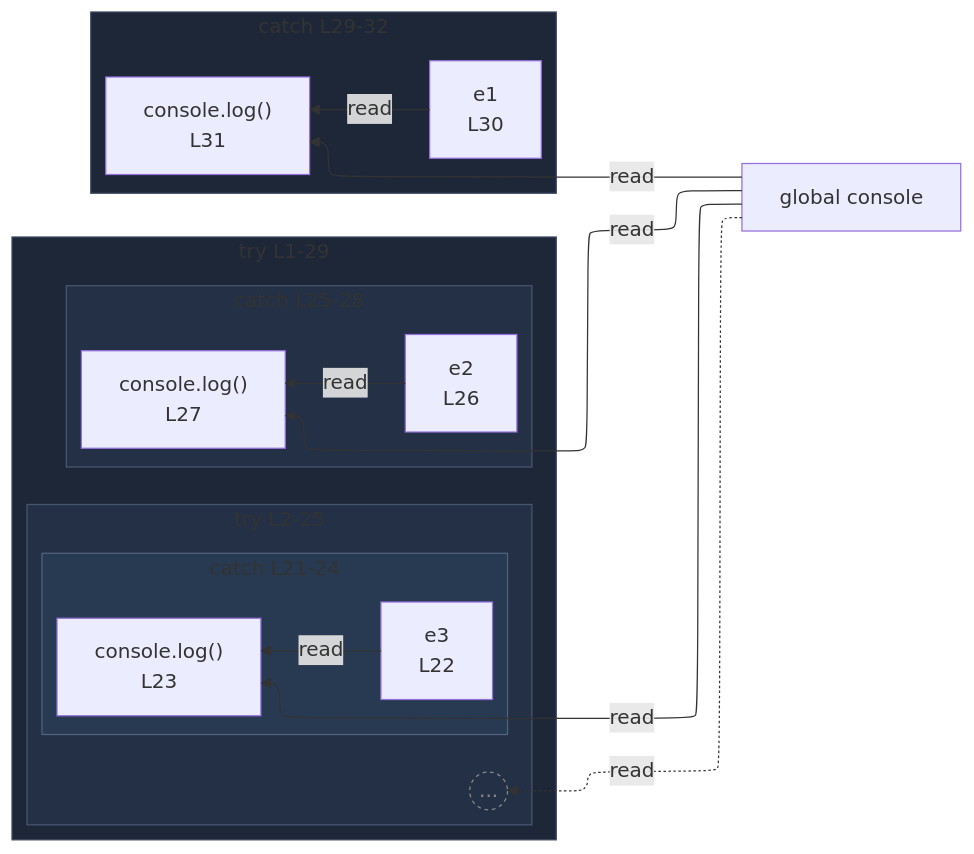
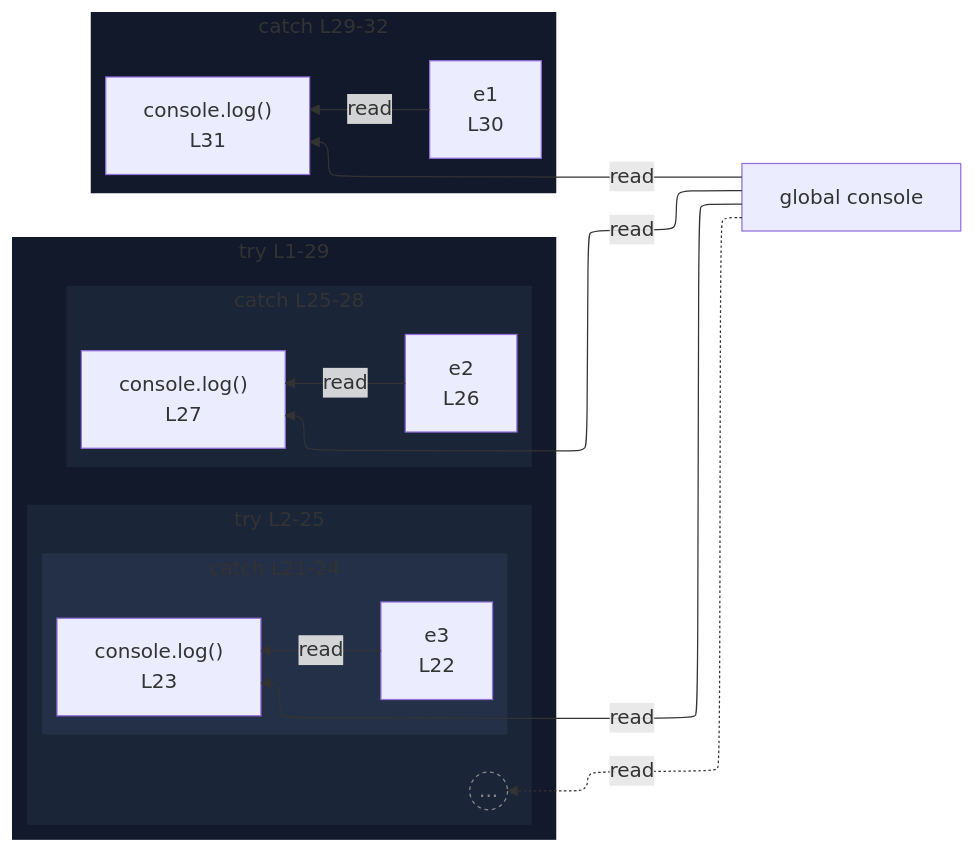
Before and after one commit to crescware/unsnarl: the diagram in integration/fixtures/app-behavior/depth/try-catch-finally/depth-2/preview.md, drawn with Mermaid. The commit also changed 263 other files, not shown here.

````diff
--- a/integration/fixtures/app-behavior/depth/try-catch-finally/depth-2/preview.md
+++ b/integration/fixtures/app-behavior/depth/try-catch-finally/depth-2/preview.md
@@ -48,44 +48,44 @@
 ```mermaid
 %%{init: {"flowchart": {"defaultRenderer": "elk"}}}%%
 flowchart RL
   n_scope_0_console_103["global console"]
   subgraph s_scope_1["try L1-29"]
     direction RL
     subgraph s_scope_2["try L2-25"]
       direction RL
       beyond_depth_s_scope_2((...))
       subgraph s_scope_10["catch L21-24"]
         direction RL
         n_scope_10_e3_391["e3<br/>L22"]
         expr_stmt_408["console.log()<br/>L23"]
       end
     end
     subgraph s_scope_11["catch L25-28"]
       direction RL
       n_scope_11_e2_453["e2<br/>L26"]
       expr_stmt_468["console.log()<br/>L27"]
     end
   end
   subgraph s_scope_12["catch L29-32"]
     direction RL
     n_scope_12_e1_507["e1<br/>L30"]
     expr_stmt_520["console.log()<br/>L31"]
   end
   n_scope_0_console_103 -.->|read| beyond_depth_s_scope_2
   n_scope_0_console_103 -->|read| expr_stmt_408
   n_scope_10_e3_391 -->|read| expr_stmt_408
   n_scope_0_console_103 -->|read| expr_stmt_468
   n_scope_11_e2_453 -->|read| expr_stmt_468
   n_scope_0_console_103 -->|read| expr_stmt_520
   n_scope_12_e1_507 -->|read| expr_stmt_520
   classDef boundaryStub fill:transparent,stroke:#888,stroke-dasharray:3 3,color:#888;
   class beyond_depth_s_scope_2 boundaryStub;
-  classDef nestL1 fill:#1e2738,stroke:#3d4a63;
+  classDef nestL1 fill:#11192a,stroke:transparent;
   class s_scope_1 nestL1;
   class s_scope_12 nestL1;
-  classDef nestL2 fill:#233045,stroke:#475670;
+  classDef nestL2 fill:#1a2538,stroke:transparent;
   class s_scope_2 nestL2;
   class s_scope_11 nestL2;
-  classDef nestL3 fill:#283952,stroke:#51637d;
+  classDef nestL3 fill:#243047,stroke:transparent;
   class s_scope_10 nestL3;
 ```
````
